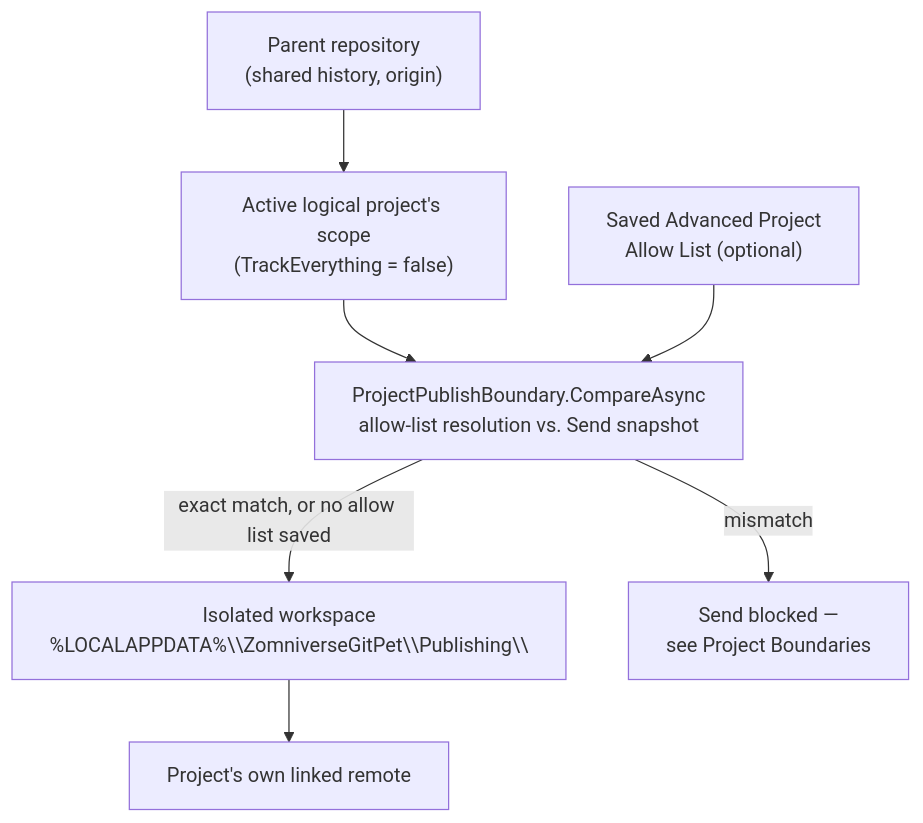
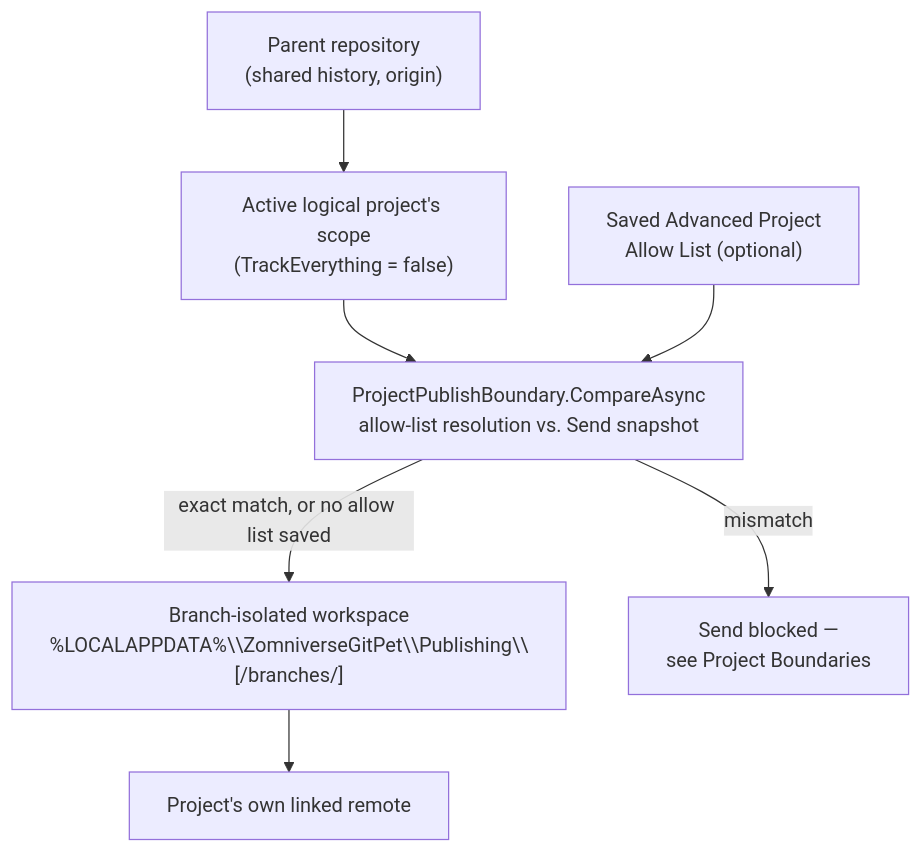
The diagram in docs/developer/PUBLISHING_ARCHITECTURE.md (wilderruiz/ZomniverseGitPet), drawn with Mermaid before and after one commit. The commit also changed other lines of this file, not shown here.

Commit message:
docs: document branch-isolated standalone publishing

````diff
--- a/docs/developer/PUBLISHING_ARCHITECTURE.md
+++ b/docs/developer/PUBLISHING_ARCHITECTURE.md
@@ -7,16 +7,16 @@
 ```mermaid
 flowchart TB
     Parent["Parent repository\n(shared history, origin)"]
     Scope["Active logical project's scope\n(TrackEverything = false)"]
     AllowList["Saved Advanced Project\nAllow List (optional)"]
     Boundary["ProjectPublishBoundary.CompareAsync\nallow-list resolution vs. Send snapshot"]
-    Workspace["Isolated workspace\n%LOCALAPPDATA%\\ZomniverseGitPet\\Publishing\\<projectId>"]
+    Workspace["Branch-isolated workspace\n%LOCALAPPDATA%\\ZomniverseGitPet\\Publishing\\<projectId>[/branches/<hash>]"]
     OwnRemote["Project's own linked remote"]
 
     Parent --> Scope
     Scope --> Boundary
     AllowList --> Boundary
     Boundary -->|"exact match, or no allow list saved"| Workspace
     Boundary -->|"mismatch"| Blocked["Send blocked —\nsee Project Boundaries"]
     Workspace --> OwnRemote
 ```
````
